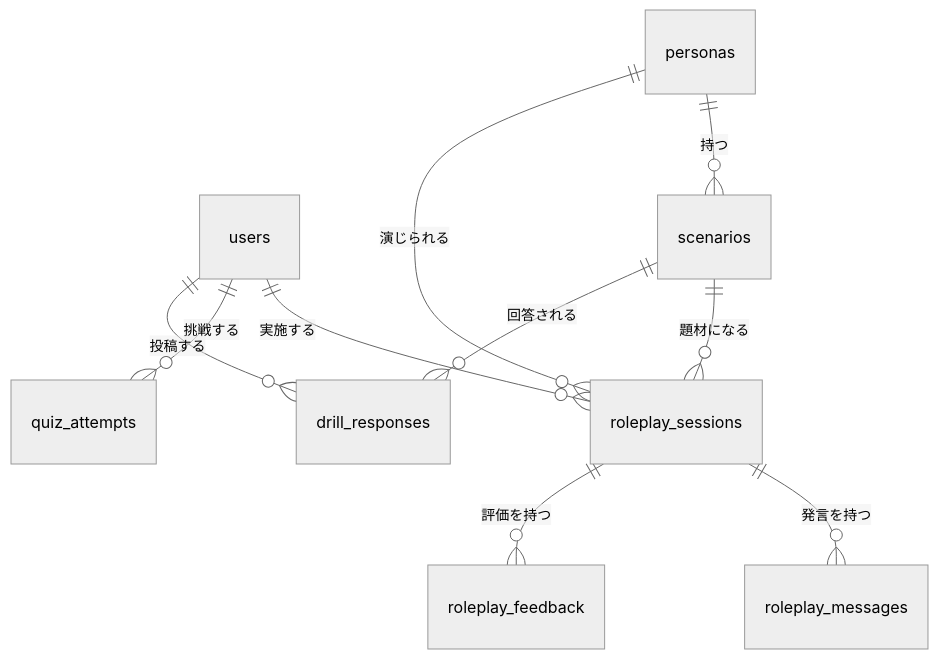
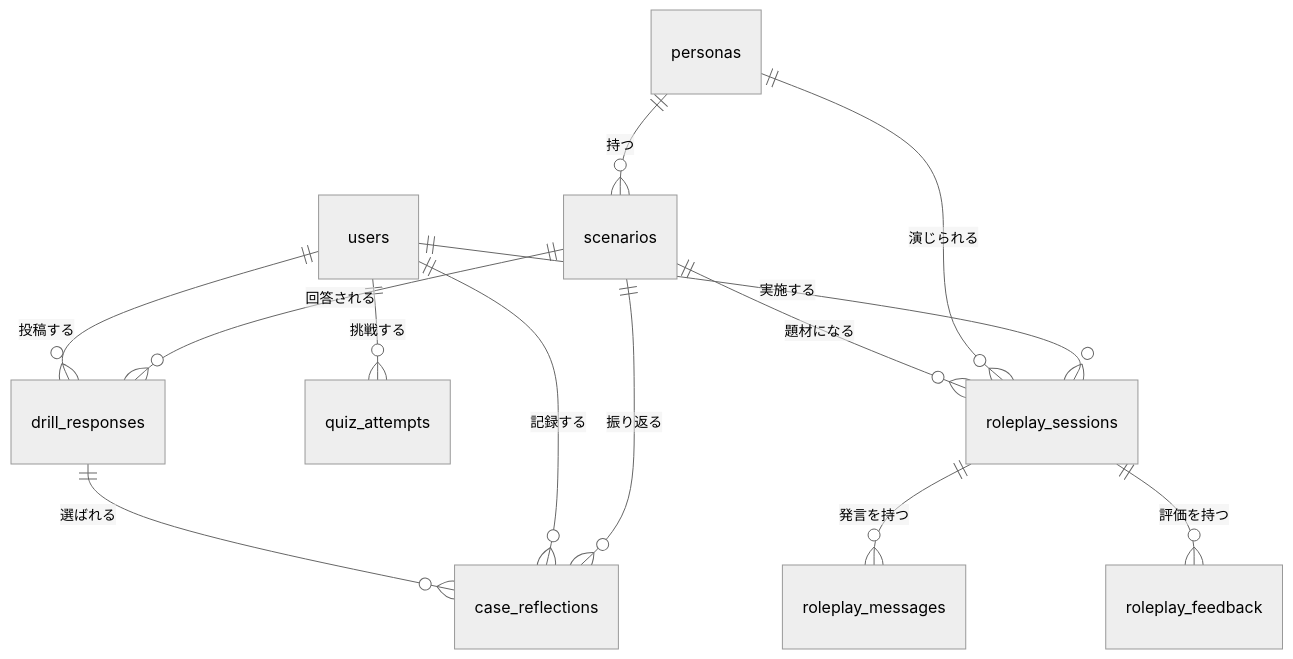
One commit to mai-san447/mentor-forge changed the diagram in docs/specification.md. Above: the diagram before and after it, drawn with Mermaid (neutral theme). The commit also changed other lines of this file and 11 other files, not shown here.

````diff
--- a/docs/specification.md
+++ b/docs/specification.md
@@ -82,12 +83,15 @@
 ```mermaid
 erDiagram
     users ||--o{ roleplay_sessions : "実施する"
     users ||--o{ quiz_attempts : "挑戦する"
     personas ||--o{ scenarios : "持つ"
     personas ||--o{ roleplay_sessions : "演じられる"
     scenarios ||--o{ roleplay_sessions : "題材になる"
     scenarios ||--o{ drill_responses : "回答される"
     users ||--o{ drill_responses : "投稿する"
+    scenarios ||--o{ case_reflections : "振り返る"
+    users ||--o{ case_reflections : "記録する"
+    drill_responses ||--o{ case_reflections : "選ばれる"
     roleplay_sessions ||--o{ roleplay_messages : "発言を持つ"
     roleplay_sessions ||--o{ roleplay_feedback : "評価を持つ"
 ```
````
